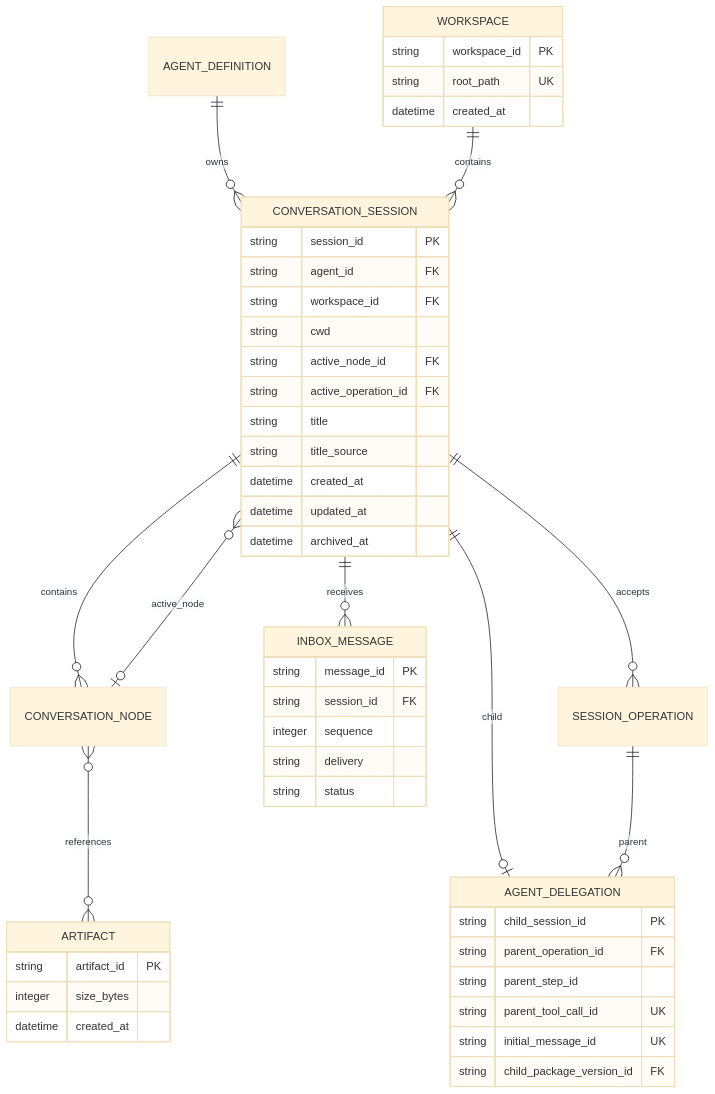
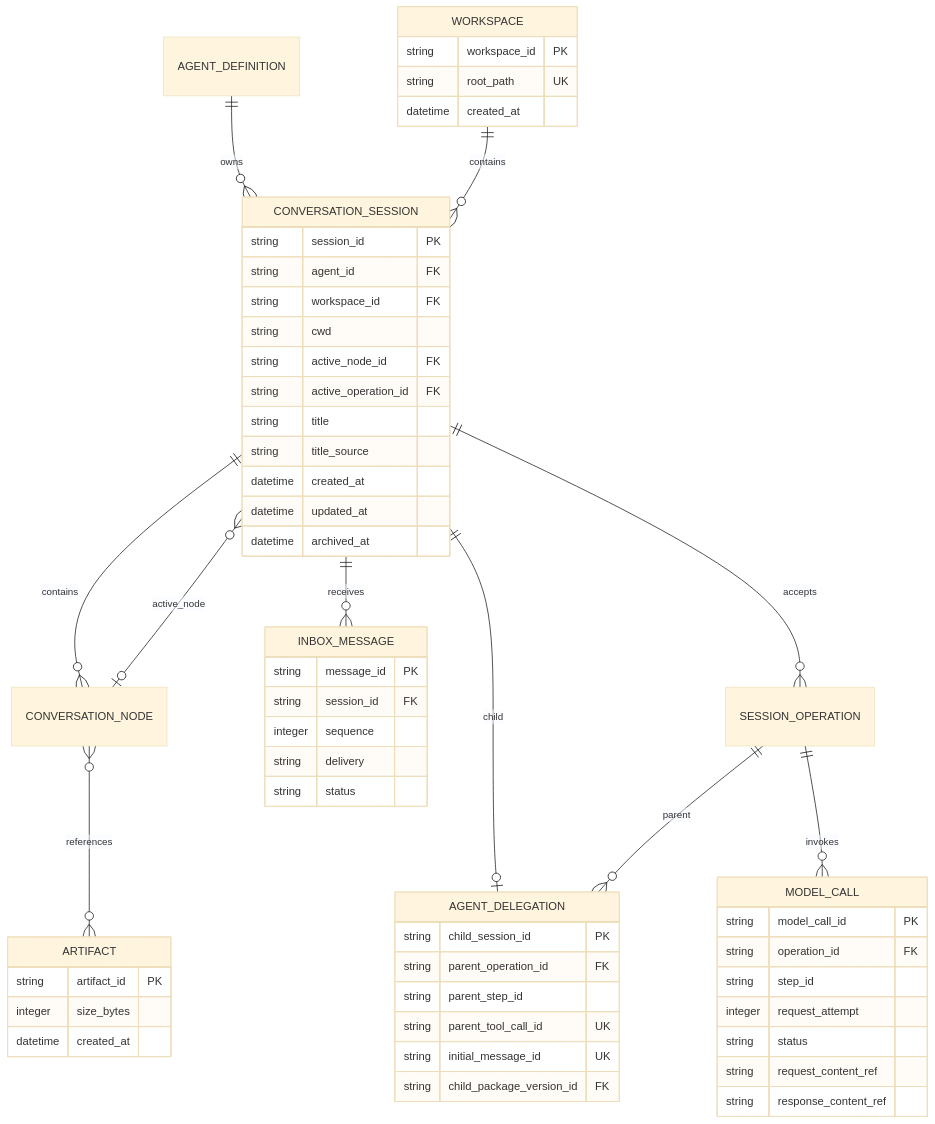
One commit to xiesunsun/MyOpenClaw changed the first of 56 diagrams in docs/upgrade/2026-08-24-runtime-entity-decisions.md. Above: the diagram before and after it, drawn with Mermaid (base theme). The commit also changed other lines of this file and 5 other files, not shown here.

Commit message:
docs: 定稿 ModelCall 可靠数据底座合同

````diff
--- a/docs/upgrade/2026-08-24-runtime-entity-decisions.md
+++ b/docs/upgrade/2026-08-24-runtime-entity-decisions.md
@@ -15,55 +15,66 @@
 ```mermaid
 erDiagram
     AGENT_DEFINITION ||--o{ CONVERSATION_SESSION : owns
     WORKSPACE ||--o{ CONVERSATION_SESSION : contains
     CONVERSATION_SESSION ||--o{ CONVERSATION_NODE : contains
     CONVERSATION_SESSION ||--o{ INBOX_MESSAGE : receives
     CONVERSATION_SESSION ||--o{ SESSION_OPERATION : accepts
     CONVERSATION_SESSION }o--o| CONVERSATION_NODE : active_node
     CONVERSATION_SESSION ||--o| AGENT_DELEGATION : child
     SESSION_OPERATION ||--o{ AGENT_DELEGATION : parent
+    SESSION_OPERATION ||--o{ MODEL_CALL : invokes
     CONVERSATION_NODE }o--o{ ARTIFACT : references
 
     CONVERSATION_SESSION {
         string session_id PK
         string agent_id FK
         string workspace_id FK
         string cwd
         string active_node_id FK
         string active_operation_id FK
         string title
         string title_source
         datetime created_at
         datetime updated_at
         datetime archived_at
     }
 
     WORKSPACE {
         string workspace_id PK
         string root_path UK
         datetime created_at
     }
 
     ARTIFACT {
         string artifact_id PK
         integer size_bytes
         datetime created_at
     }
 
     INBOX_MESSAGE {
         string message_id PK
         string session_id FK
         integer sequence
         string delivery
         string status
     }
 
     AGENT_DELEGATION {
         string child_session_id PK
         string parent_operation_id FK
         string parent_step_id
         string parent_tool_call_id UK
         string initial_message_id UK
         string child_package_version_id FK
     }
+
+    MODEL_CALL {
+        string model_call_id PK
+        string operation_id FK
+        string step_id
+        integer request_attempt
+        string status
+        string request_content_ref
+        string response_content_ref
+    }
 ```
````
